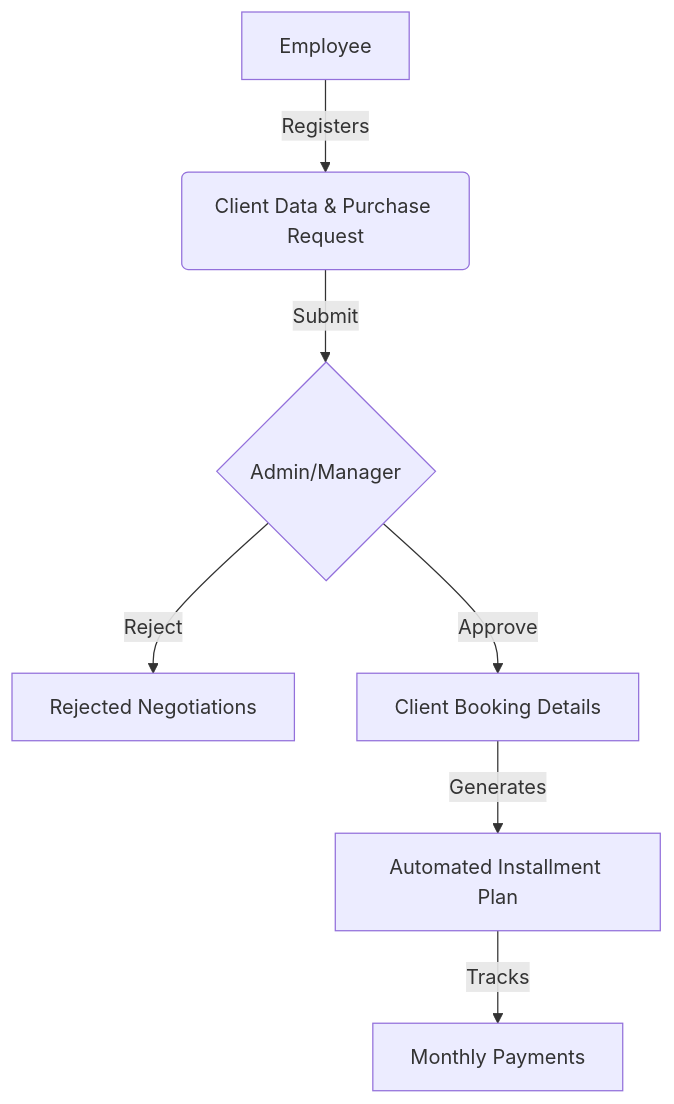
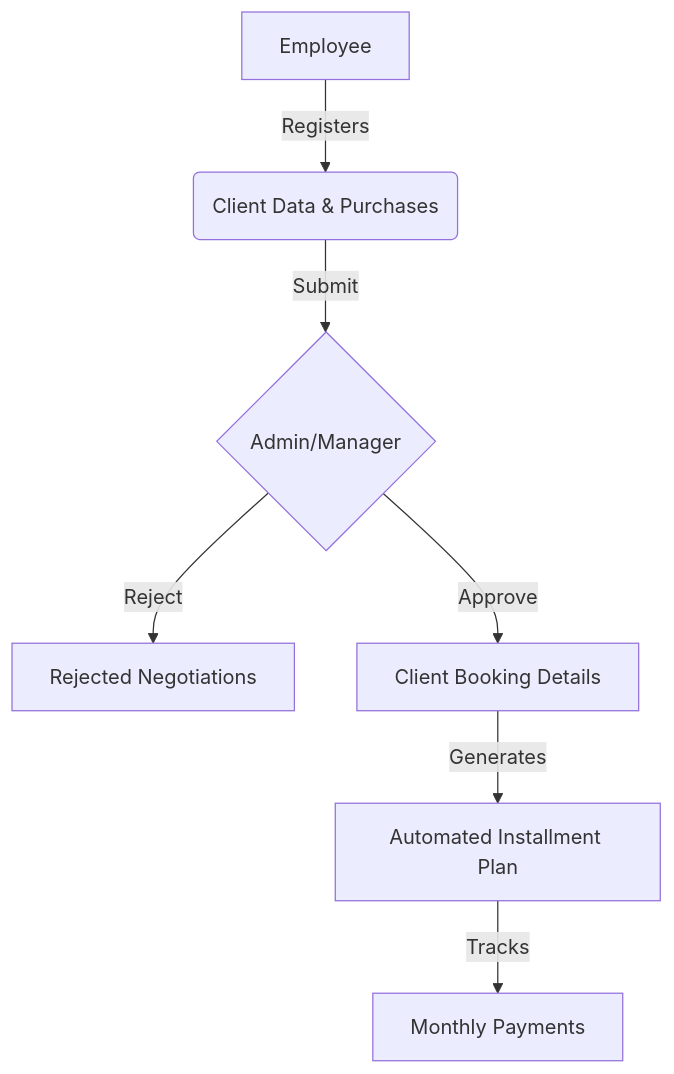
The diagram in README.md (Toqa-Ashraf8/RealEstate_Managment_System), drawn with Mermaid before and after one commit.

````diff
--- a/README.md
+++ b/README.md
@@ -49,9 +49,9 @@
 ```mermaid
 graph TD
-    A[Employee] -->|Registers| B(Client Data & Purchase Request)
+    A[Employee] -->|Registers| B(Client Data & Purchases)
     B -->|Submit| C{Admin/Manager}
     C -->|Reject| D[Rejected Negotiations]
     C -->|Approve| E[Client Booking Details]
     E -->|Generates| F[Automated Installment Plan]
     F -->|Tracks| G[Monthly Payments]
 ```
````
